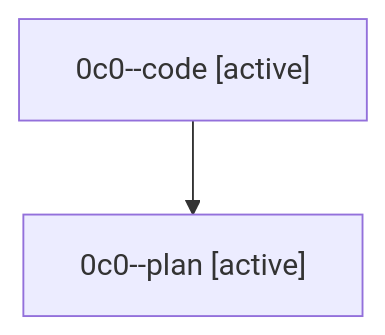
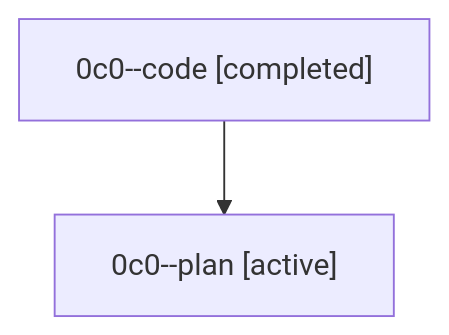
Before and after one commit to sase-org/sase--agents: the diagram in families/bbugyi200.athena.0c0.md, drawn with Mermaid. The commit also changed other lines of this file and 35830 other files, not shown here.

````diff
--- a/families/bbugyi200.athena.0c0.md
+++ b/families/bbugyi200.athena.0c0.md
@@ -9,6 +9,6 @@
 ```mermaid
 flowchart TD
-  n0["0c0--code [active]"]
+  n0["0c0--code [completed]"]
   n1["0c0--plan [active]"]
   n0 --> n1
 ```
````
